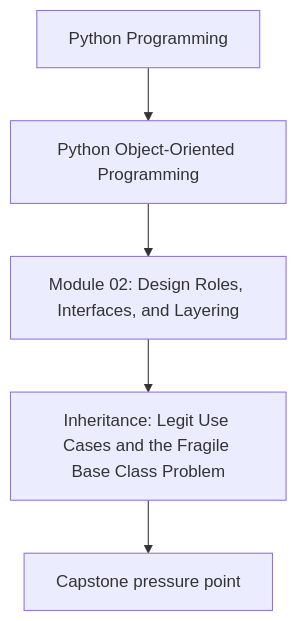
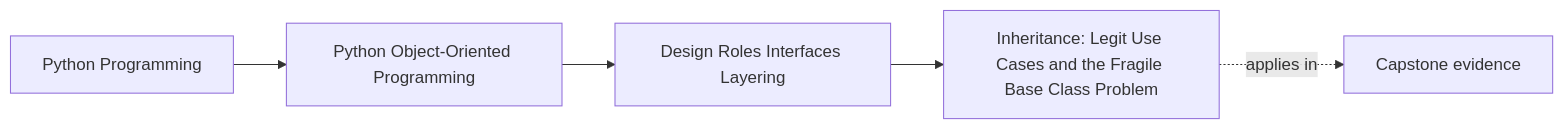
The first of 2 diagrams in programs/python-programming/python-object-oriented-programming/course-book/module-02-design-roles-interfaces-layering/inheritance-and-fragile-base-classes.md (bijux/bijux-masterclass), drawn with Mermaid before and after one commit. The commit also changed other lines of this file and 65 other files, not shown here.

Commit message:
docs(python-object-oriented-programming): map object model and design foundations

````diff
--- a/programs/python-programming/python-object-oriented-programming/course-book/module-02-design-roles-interfaces-layering/inheritance-and-fragile-base-classes.md
+++ b/programs/python-programming/python-object-oriented-programming/course-book/module-02-design-roles-interfaces-layering/inheritance-and-fragile-base-classes.md
@@ -7,7 +7,11 @@
 ```mermaid
-flowchart TD
-  family["Python Programming"] --> program["Python Object-Oriented Programming"]
-  program --> module["Module 02: Design Roles, Interfaces, and Layering"]
-  module --> concept["Inheritance: Legit Use Cases and the Fragile Base Class Problem"]
-  concept --> capstone["Capstone pressure point"]
+graph LR
+  family["Python Programming"]
+  program["Python Object-Oriented Programming"]
+  section["Design Roles Interfaces Layering"]
+  page["Inheritance: Legit Use Cases and the Fragile Base Class Problem"]
+  capstone["Capstone evidence"]
+
+  family --> program --> section --> page
+  page -.applies in.-> capstone
 ```
````
